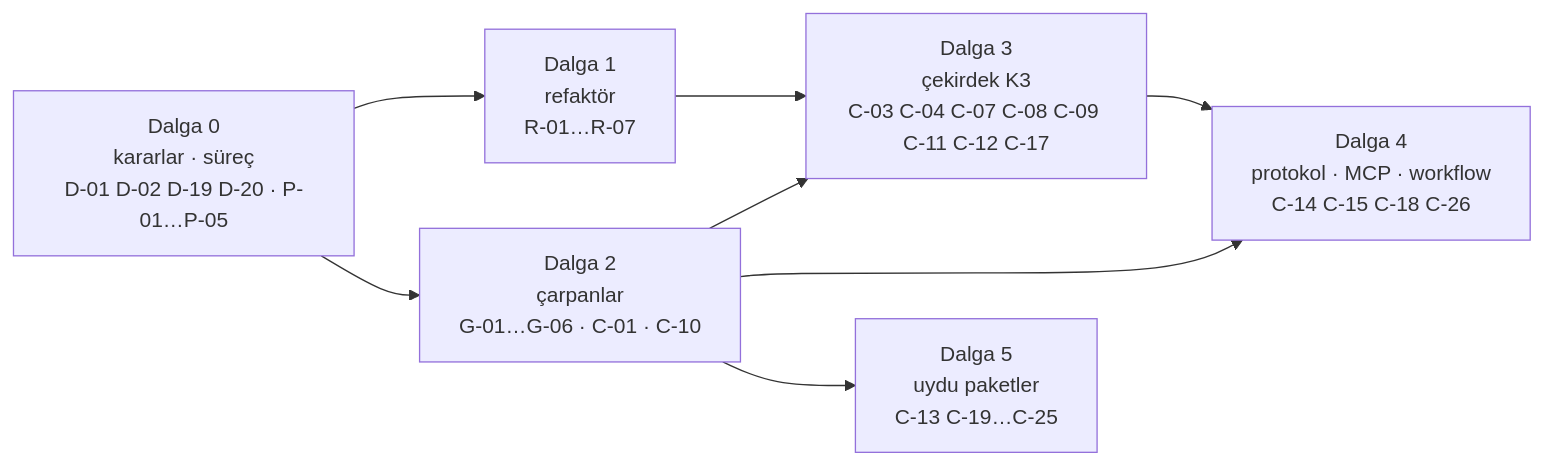
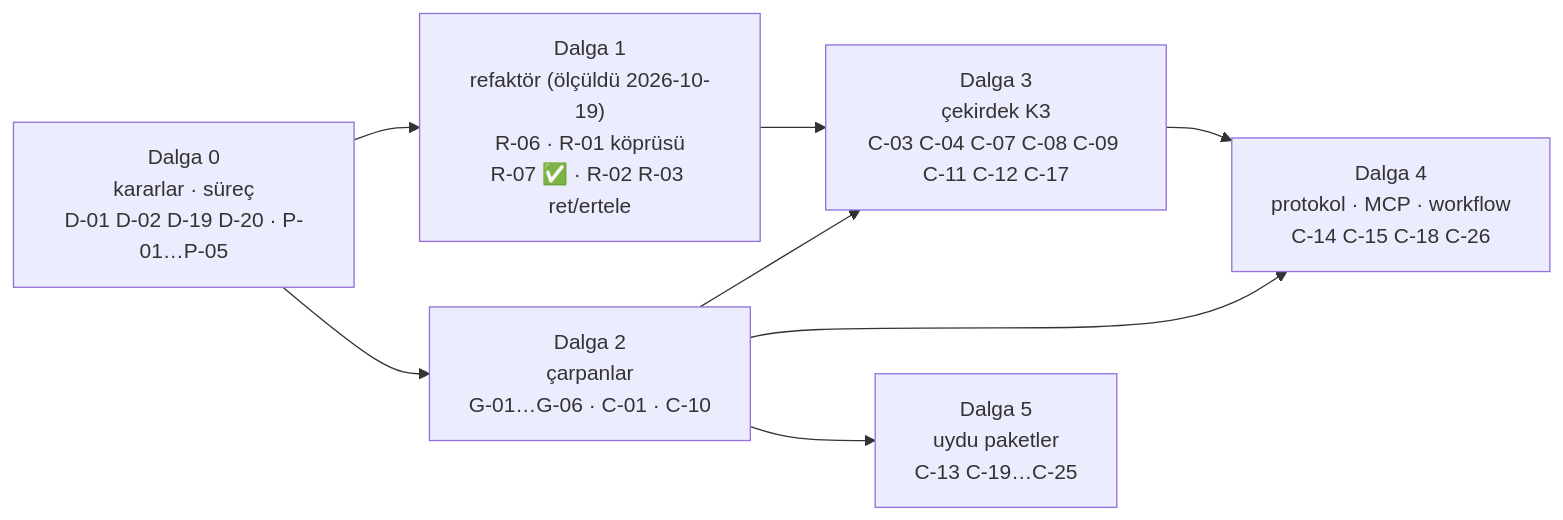
Before and after one commit to farukatasoy/Tracon: the diagram in claudedocs/maf-1.25.0-yetenek-matrisi.md, drawn with Mermaid. The commit also changed other lines of this file and 7 other files, not shown here.

````diff
--- a/claudedocs/maf-1.25.0-yetenek-matrisi.md
+++ b/claudedocs/maf-1.25.0-yetenek-matrisi.md
@@ -555,16 +572,16 @@
 ```mermaid
 flowchart LR
     D0["Dalga 0<br/>kararlar · süreç<br/>D-01 D-02 D-19 D-20 · P-01…P-05"]
-    D1["Dalga 1<br/>refaktör<br/>R-01…R-07"]
+    D1["Dalga 1<br/>refaktör (ölçüldü 2026-10-19)<br/>R-06 · R-01 köprüsü<br/>R-07 ✅ · R-02 R-03 ret/ertele"]
     D2["Dalga 2<br/>çarpanlar<br/>G-01…G-06 · C-01 · C-10"]
     D3["Dalga 3<br/>çekirdek K3<br/>C-03 C-04 C-07 C-08 C-09 C-11 C-12 C-17"]
     D4["Dalga 4<br/>protokol · MCP · workflow<br/>C-14 C-15 C-18 C-26"]
     D5["Dalga 5<br/>uydu paketler<br/>C-13 C-19…C-25"]
     D0 --> D1
     D0 --> D2
     D1 --> D3
     D2 --> D3
     D2 --> D4
     D3 --> D4
     D2 --> D5
 ```
````
